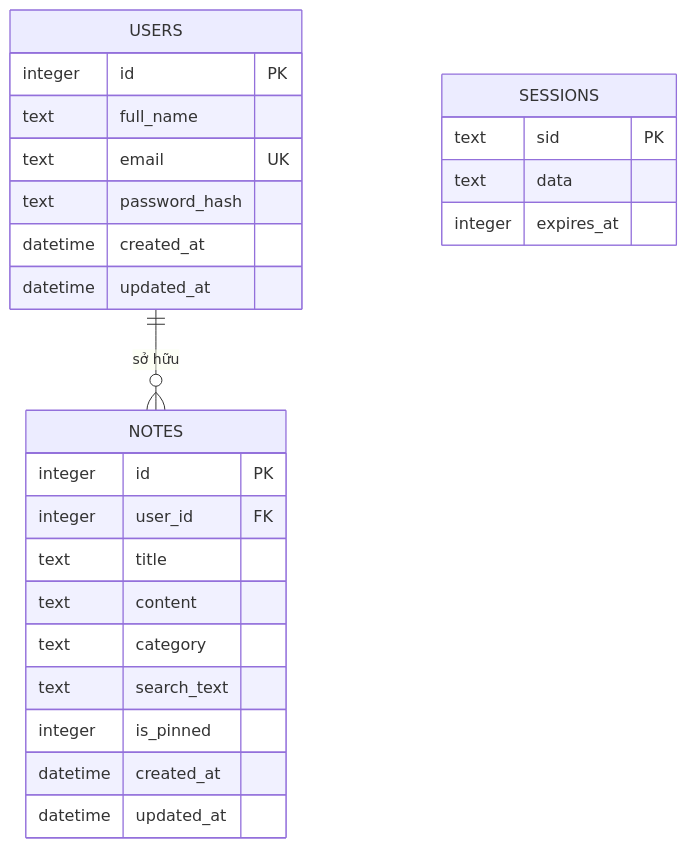
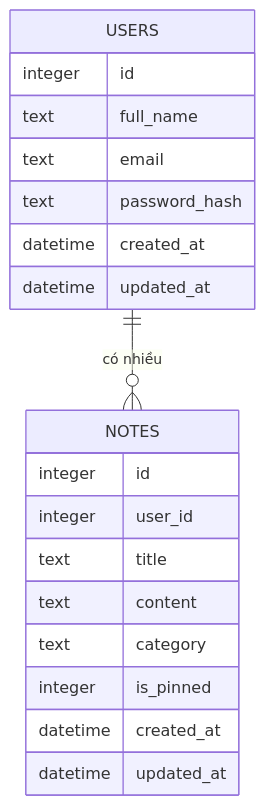
One commit to Dubu0312/cong-nghe-web changed the fourth of 4 diagrams in docs/kien-truc.md. Above: the diagram before and after it, drawn with Mermaid. The commit also changed other lines of this file and 7 other files, not shown here.

````diff
--- a/docs/kien-truc.md
+++ b/docs/kien-truc.md
@@ -136,31 +108,24 @@
 ```mermaid
 erDiagram
-    USERS ||--o{ NOTES : "sở hữu"
+    USERS ||--o{ NOTES : "có nhiều"
 
     USERS {
-        integer id PK
+        integer id
         text full_name
-        text email UK
+        text email
         text password_hash
         datetime created_at
         datetime updated_at
     }
 
     NOTES {
-        integer id PK
-        integer user_id FK
+        integer id
+        integer user_id
         text title
         text content
         text category
-        text search_text
         integer is_pinned
         datetime created_at
         datetime updated_at
     }
-
-    SESSIONS {
-        text sid PK
-        text data
-        integer expires_at
-    }
 ```
````
